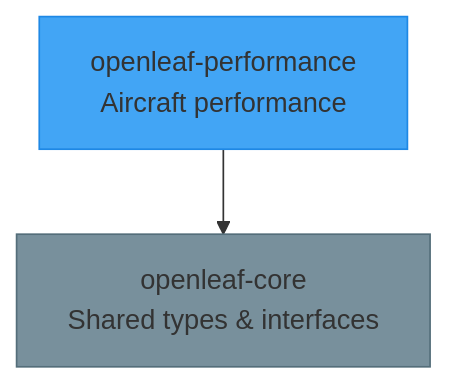
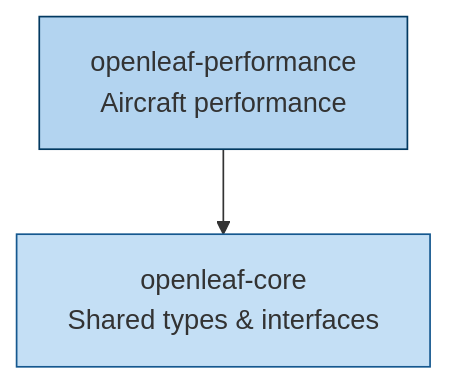
Before and after one commit to eurocontrol-asu/openleaf: the diagram in README.md, drawn with Mermaid. The commit also changed other lines of this file and 14 other files, not shown here.

````diff
--- a/README.md
+++ b/README.md
@@ -48,8 +50,8 @@
 ```mermaid
 graph TD
-    classDef perf fill:#42A5F5,stroke:#1E88E5
-    classDef core fill:#78909C,stroke:#546E7A
+    classDef perf fill:#B3D4F0,stroke:#023961
+    classDef core fill:#C4DFF5,stroke:#15588F
 
     PERF["openleaf-performance<br/>Aircraft performance"]:::perf --> CORE
     CORE["openleaf-core<br/>Shared types & interfaces"]:::core
 ```
````
